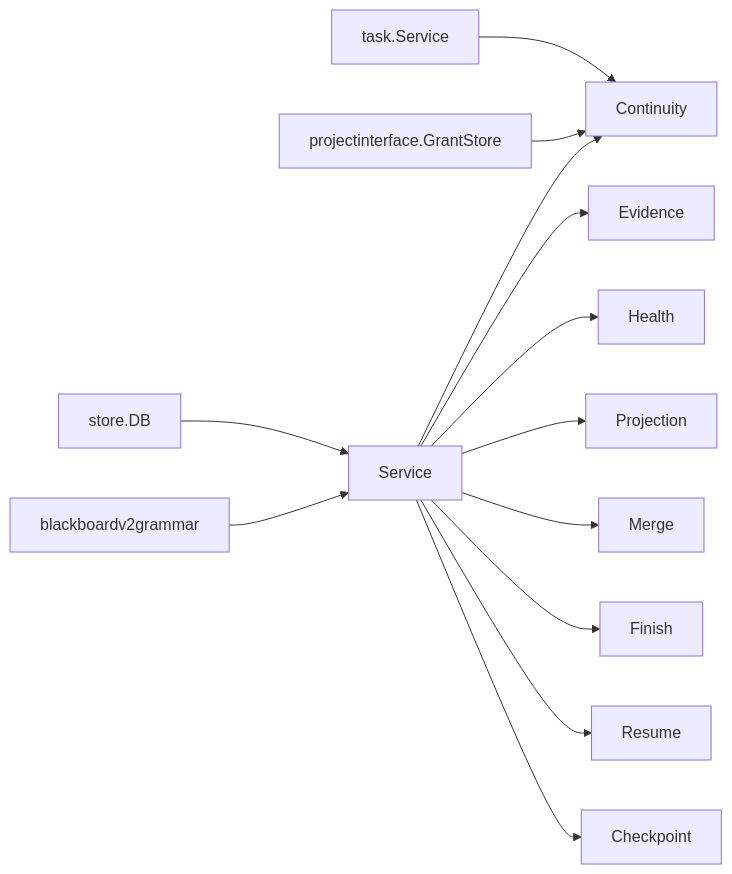
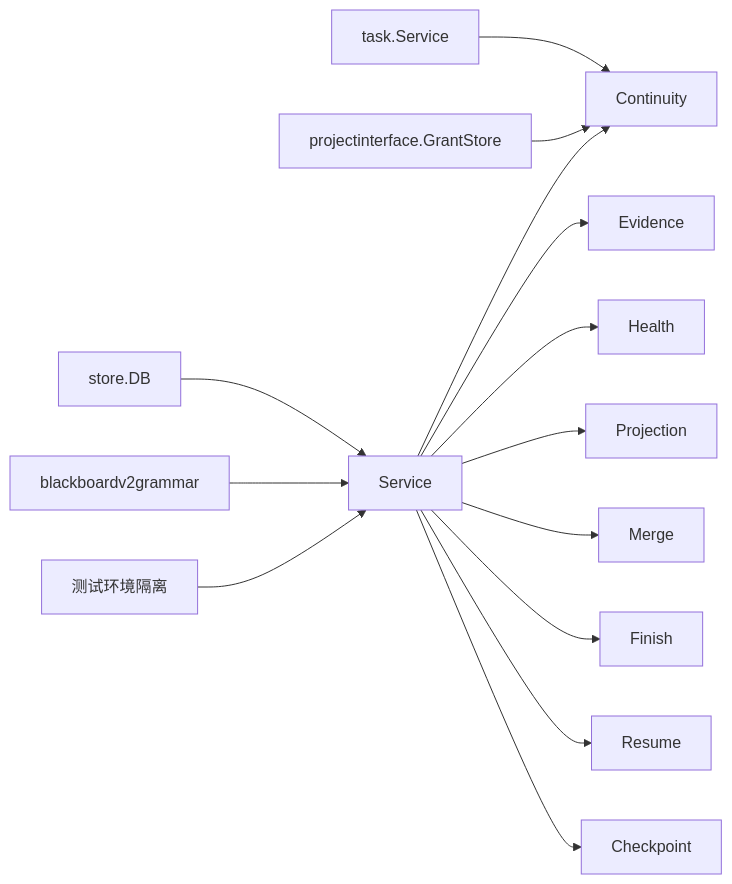
Before and after one commit to n1majne3/CyberPenda: the tenth of 10 diagrams in .qoder/repowiki/zh/content/核心架构/记忆平面 - Blackboard v2/记忆平面 - Blackboard v2.md, drawn with Mermaid. The commit also changed other lines of this file and 159 other files, not shown here.

````diff
--- a/.qoder/repowiki/zh/content/核心架构/记忆平面 - Blackboard v2/记忆平面 - Blackboard v2.md
+++ b/.qoder/repowiki/zh/content/核心架构/记忆平面 - Blackboard v2/记忆平面 - Blackboard v2.md
@@ -352,15 +405,16 @@
 ```mermaid
 graph LR
 Store["store.DB"] --> Service
 Grammar["blackboardv2grammar"] --> Service
 Task["task.Service"] --> Continuity
 Grants["projectinterface.GrantStore"] --> Continuity
 Service --> Continuity
 Service --> Evidence
 Service --> Health
 Service --> Projection
 Service --> Merge
 Service --> Finish
 Service --> Resume
 Service --> Checkpoint
+TestIsolation["测试环境隔离"] --> Service
 ```
````
